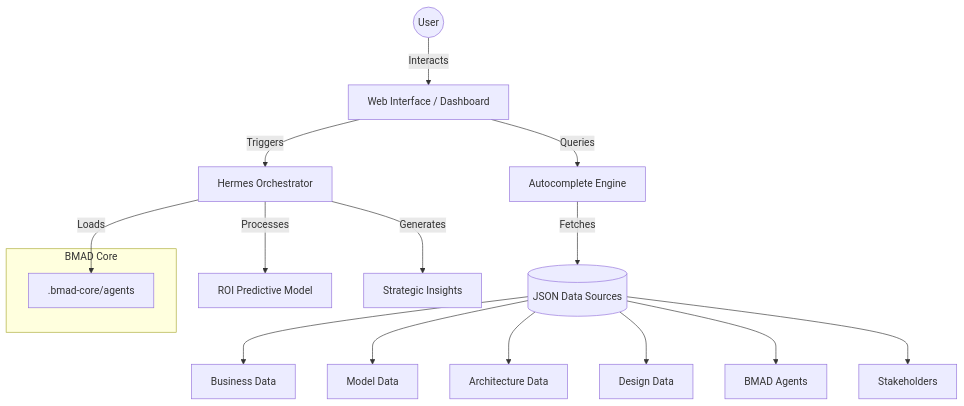
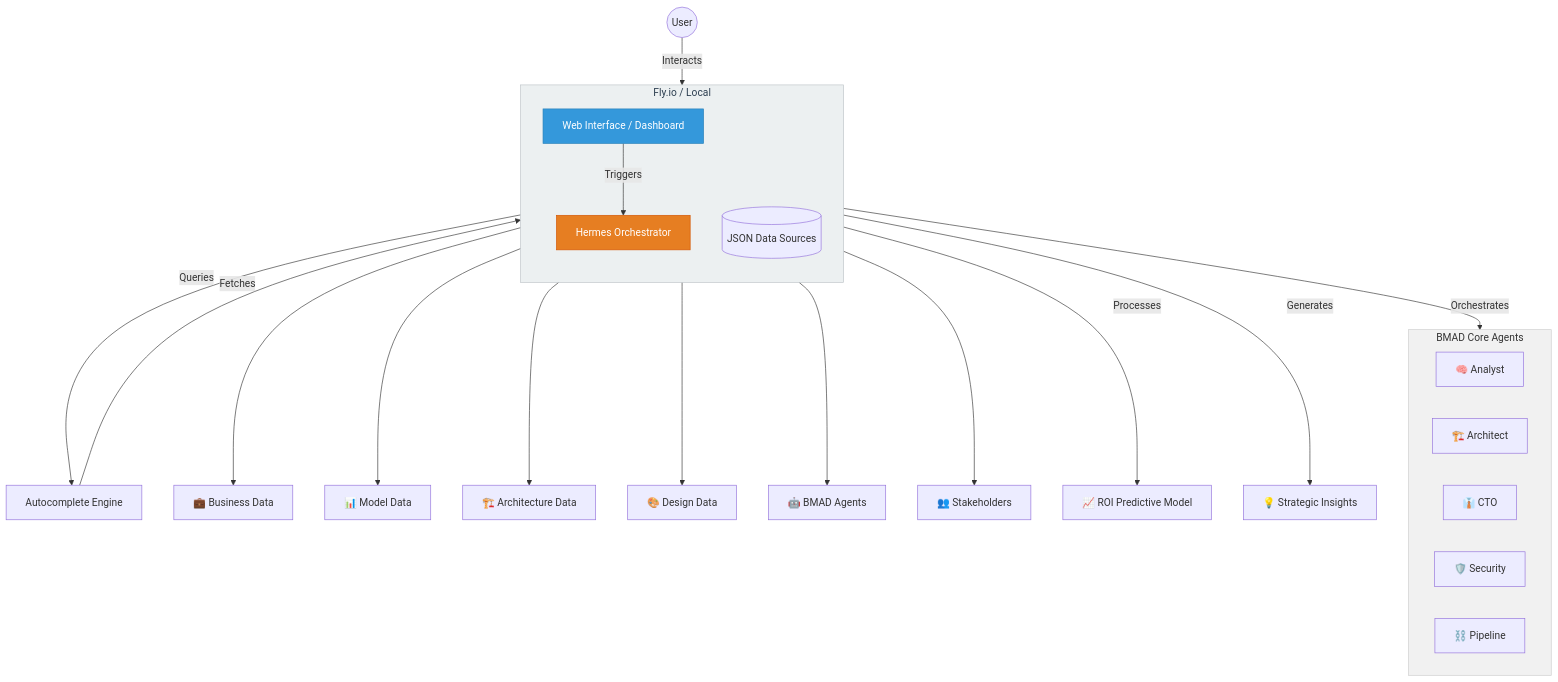
One commit to rifaterdemsahin/bmad changed the diagram in architecture.md. Above: the diagram before and after it, drawn with Mermaid. The commit also changed other lines of this file and 1 other file, not shown here.

Commit message:
docs: update architecture with infrastructure and agents, bump to v0.5.0

````diff
--- a/architecture.md
+++ b/architecture.md
@@ -15,22 +25,41 @@
 ```mermaid
 graph TD
     User((User)) -->|Interacts| UI[Web Interface / Dashboard]
+    
+    subgraph Infrastructure [Fly.io / Local]
+        direction TB
+        UI
+        Hermes[Hermes Orchestrator]
+        Data[(JSON Data Sources)]
+    end
+
     UI -->|Queries| Autocomplete[Autocomplete Engine]
-    Autocomplete -->|Fetches| Data[(JSON Data Sources)]
-    Data --> Business[Business Data]
-    Data --> Model[Model Data]
-    Data --> Architecture[Architecture Data]
-    Data --> Design[Design Data]
-    Data --> Agents[BMAD Agents]
-    Data --> Stakeholders[Stakeholders]
+    Autocomplete -->|Fetches| Data
+    
+    Data --> Business[💼 Business Data]
+    Data --> Model[📊 Model Data]
+    Data --> Architecture[🏗️ Architecture Data]
+    Data --> Design[🎨 Design Data]
+    Data --> Agents[🤖 BMAD Agents]
+    Data --> Stakeholders[👥 Stakeholders]
 
-    UI -->|Triggers| Hermes[Hermes Orchestrator]
-    Hermes -->|Processes| ROI[ROI Predictive Model]
-    Hermes -->|Generates| Insights[Strategic Insights]
+    UI -->|Triggers| Hermes
+    Hermes -->|Processes| ROI[📈 ROI Predictive Model]
+    Hermes -->|Generates| Insights[💡 Strategic Insights]
     
-    subgraph BMAD Core
-        BMAD_Agents[.bmad-core/agents]
+    subgraph BMAD_Core [BMAD Core Agents]
+        Analyst[🧠 Analyst]
+        Architect[🏗️ Architect]
+        CTO[👔 CTO]
+        Security[🛡️ Security]
+        Pipeline[⛓️ Pipeline]
     end
     
-    Hermes -->|Loads| BMAD_Agents
+    Hermes -->|Orchestrates| BMAD_Core
+
+    %% Colors
+    style UI fill:#3498db,stroke:#2980b9,color:#fff
+    style Hermes fill:#e67e22,stroke:#d35400,color:#fff
+    style BMAD_Core fill:#f1f1f1,stroke:#ccc,color:#333
+    style Infrastructure fill:#ecf0f1,stroke:#bdc3c7,color:#2c3e50
 ```
````
